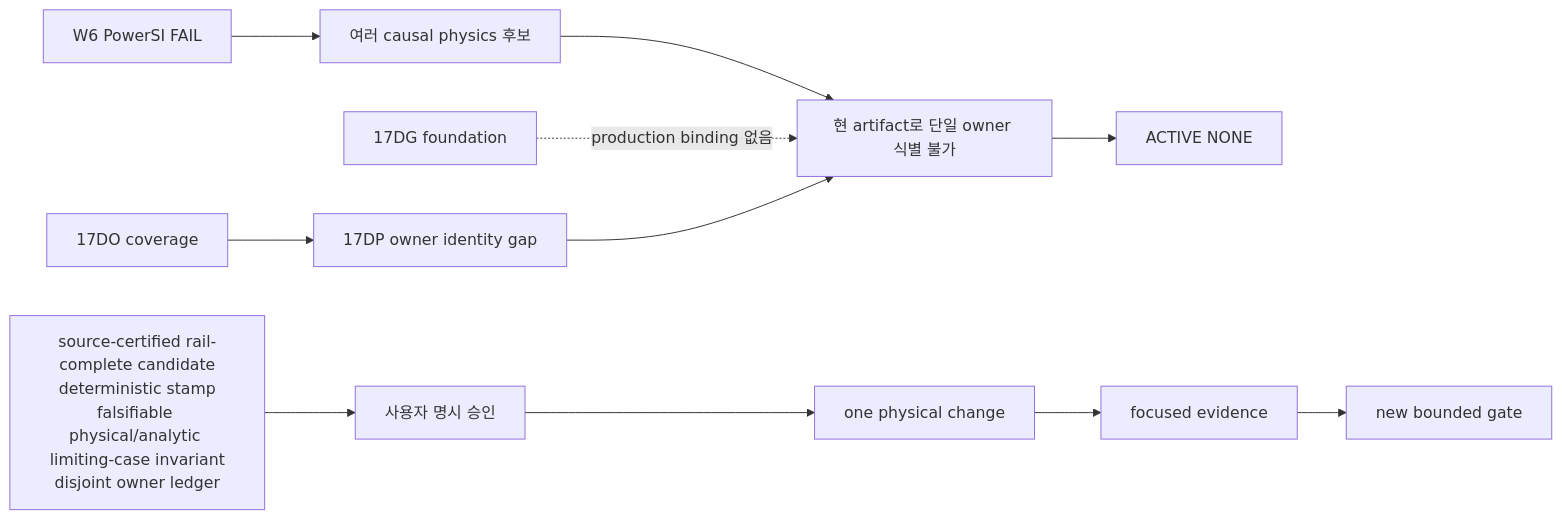
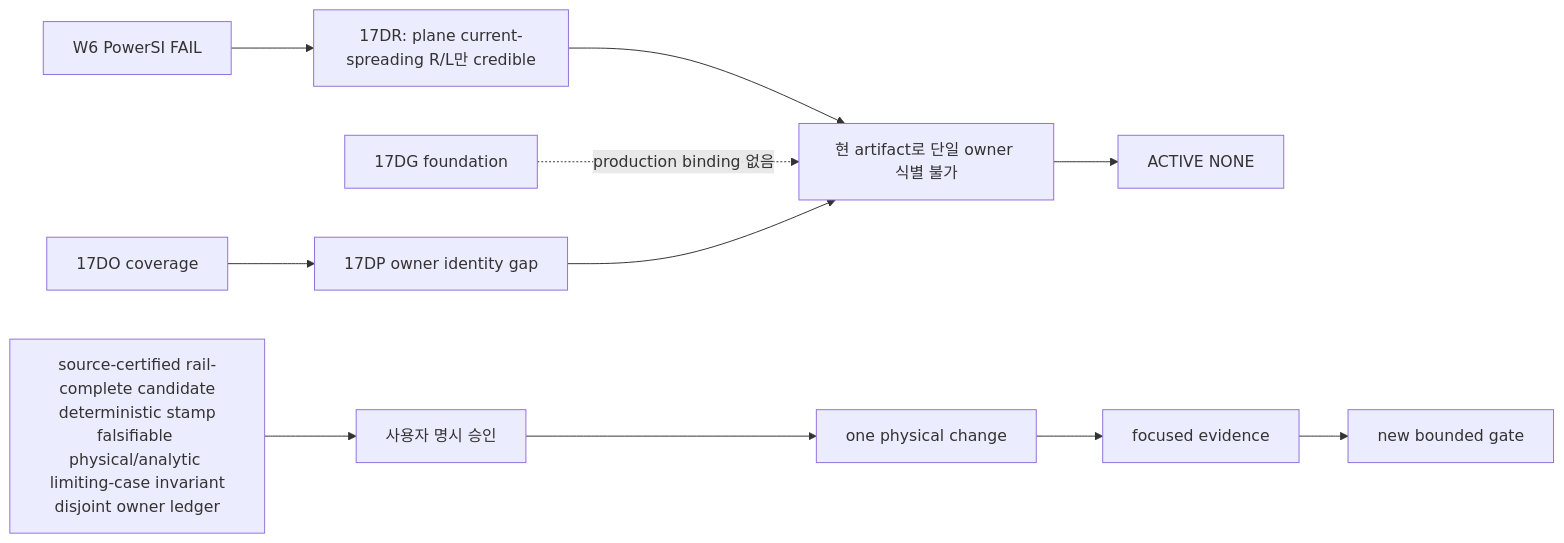
The diagram in docs/WORK_EXECUTION_BASELINE.md (yunhyok/spd-decap-pi-evaluator), drawn with Mermaid before and after one commit. The commit also changed other lines of this file and 1 other file, not shown here.

````diff
--- a/docs/WORK_EXECUTION_BASELINE.md
+++ b/docs/WORK_EXECUTION_BASELINE.md
@@ -509,13 +515,13 @@
 ```mermaid
 flowchart LR
-  A[W6 PowerSI FAIL] --> B[여러 causal physics 후보]
+  A[W6 PowerSI FAIL] --> B[17DR: plane current-spreading R/L만 credible]
   B --> C[현 artifact로 단일 owner 식별 불가]
   D[17DG foundation] -. production binding 없음 .-> C
   E[17DO coverage] --> F[17DP owner identity gap]
   F --> C
   C --> G[ACTIVE NONE]
   H[source-certified rail-complete candidate<br/>deterministic stamp<br/>falsifiable physical/analytic limiting-case invariant<br/>disjoint owner ledger] --> I[사용자 명시 승인]
   I --> J[one physical change]
   J --> K[focused evidence]
   K --> L[new bounded gate]
 ```
````
